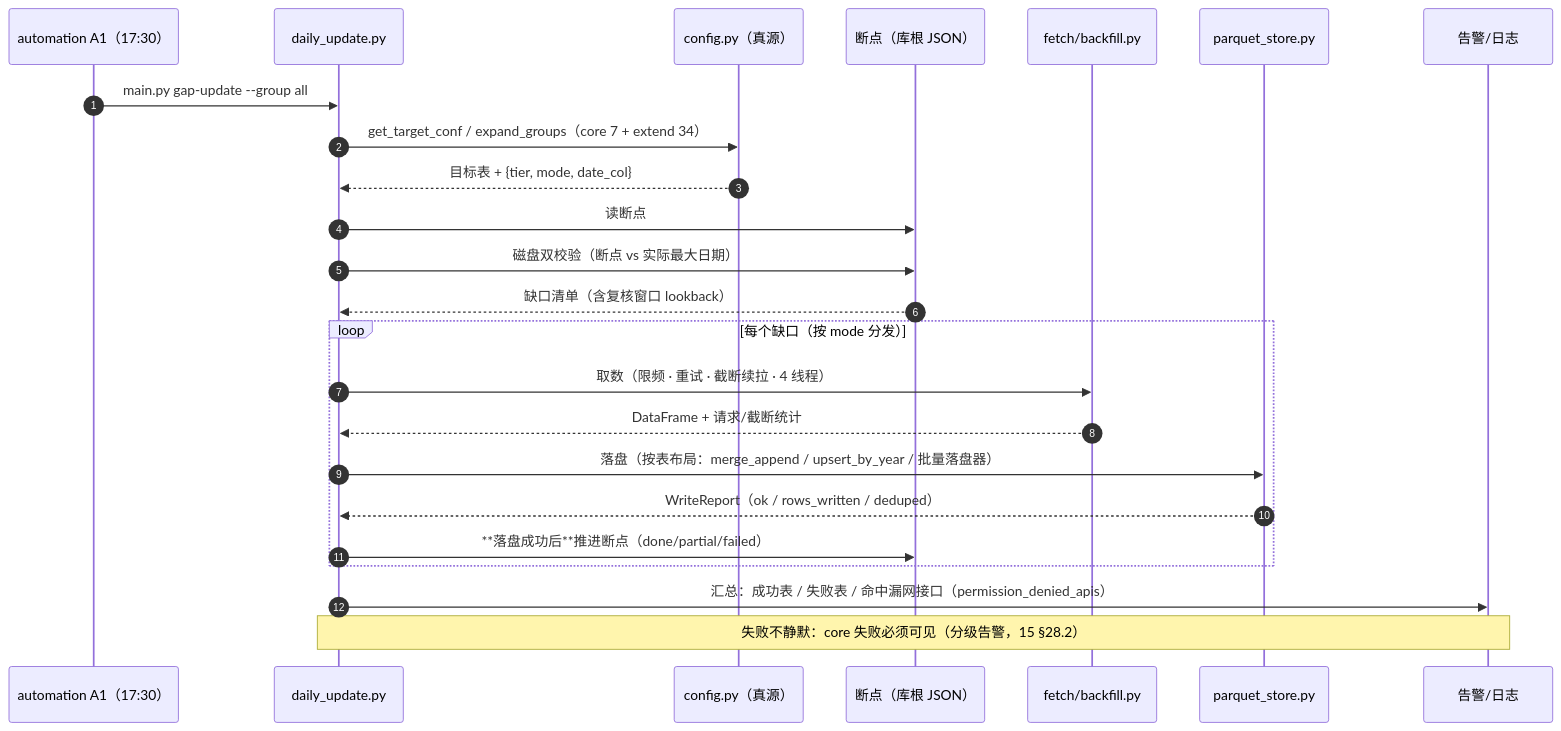
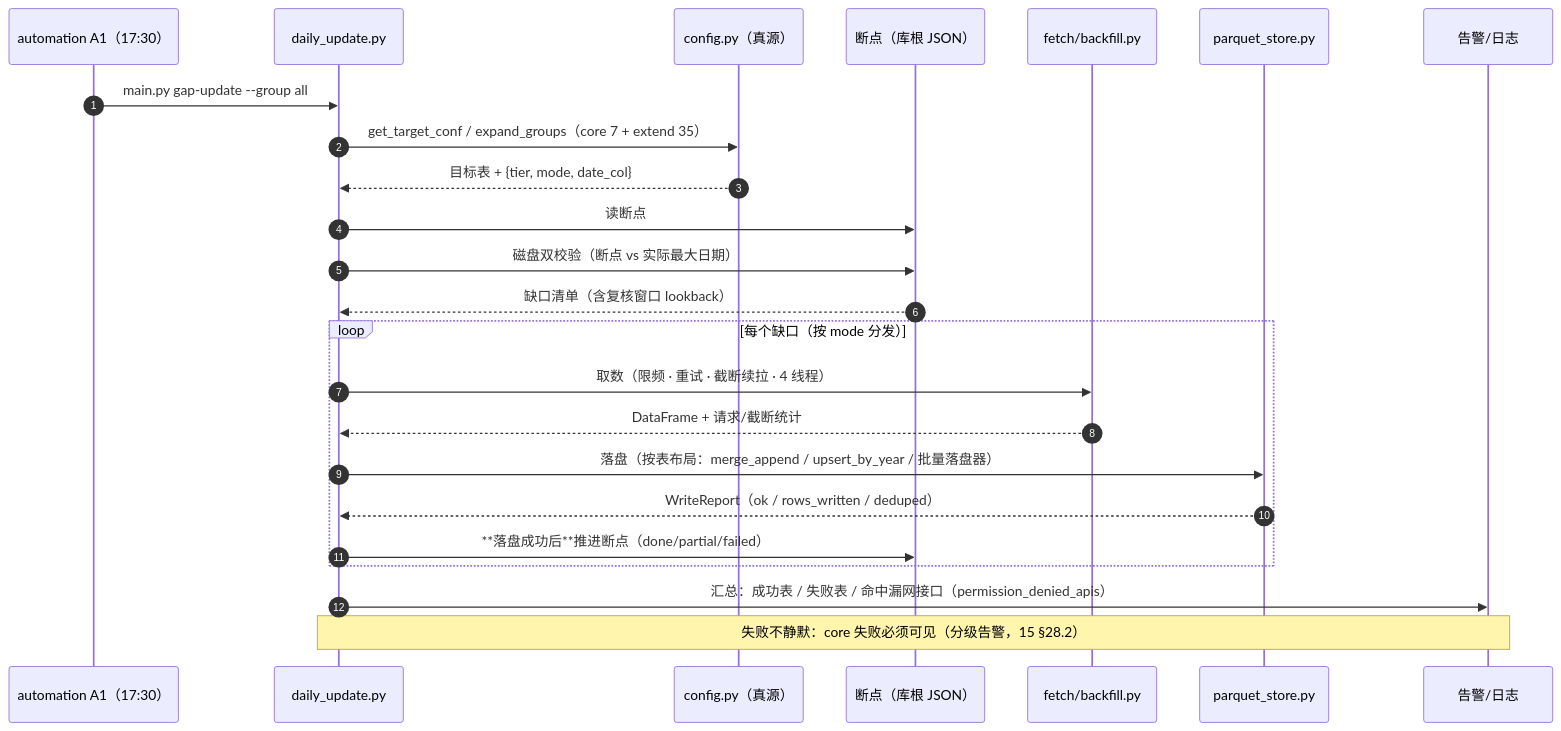
The first of 4 diagrams in 代码架构/全量数据库架构/06-核心流程与关键时序.md (1716250001/quant-strategy-infrastructure), drawn with Mermaid before and after one commit. The commit also changed other lines of this file and 130 other files, not shown here.

````diff
--- a/代码架构/全量数据库架构/06-核心流程与关键时序.md
+++ b/代码架构/全量数据库架构/06-核心流程与关键时序.md
@@ -25,26 +26,26 @@
 ```mermaid
 sequenceDiagram
   autonumber
   participant A as automation A1（17:30）
   participant D as daily_update.py
   participant C as config.py（真源）
   participant K as 断点（库根 JSON）
   participant F as fetch/backfill.py
   participant P as parquet_store.py
   participant L as 告警/日志
   A->>D: main.py gap-update --group all
-  D->>C: get_target_conf / expand_groups（core 7 + extend 34）
+  D->>C: get_target_conf / expand_groups（core 7 + extend 35）
   C-->>D: 目标表 + {tier, mode, date_col}
   D->>K: 读断点
   D->>K: 磁盘双校验（断点 vs 实际最大日期）
   K-->>D: 缺口清单（含复核窗口 lookback）
   loop 每个缺口（按 mode 分发）
     D->>F: 取数（限频 · 重试 · 截断续拉 · 4 线程）
     F-->>D: DataFrame + 请求/截断统计
     D->>P: 落盘（按表布局：merge_append / upsert_by_year / 批量落盘器）
     P-->>D: WriteReport（ok / rows_written / deduped）
     D->>K: **落盘成功后**推进断点（done/partial/failed）
   end
   D->>L: 汇总：成功表 / 失败表 / 命中漏网接口（permission_denied_apis）
   Note over D,L: 失败不静默：core 失败必须可见（分级告警，15 §28.2）
 ```
````
